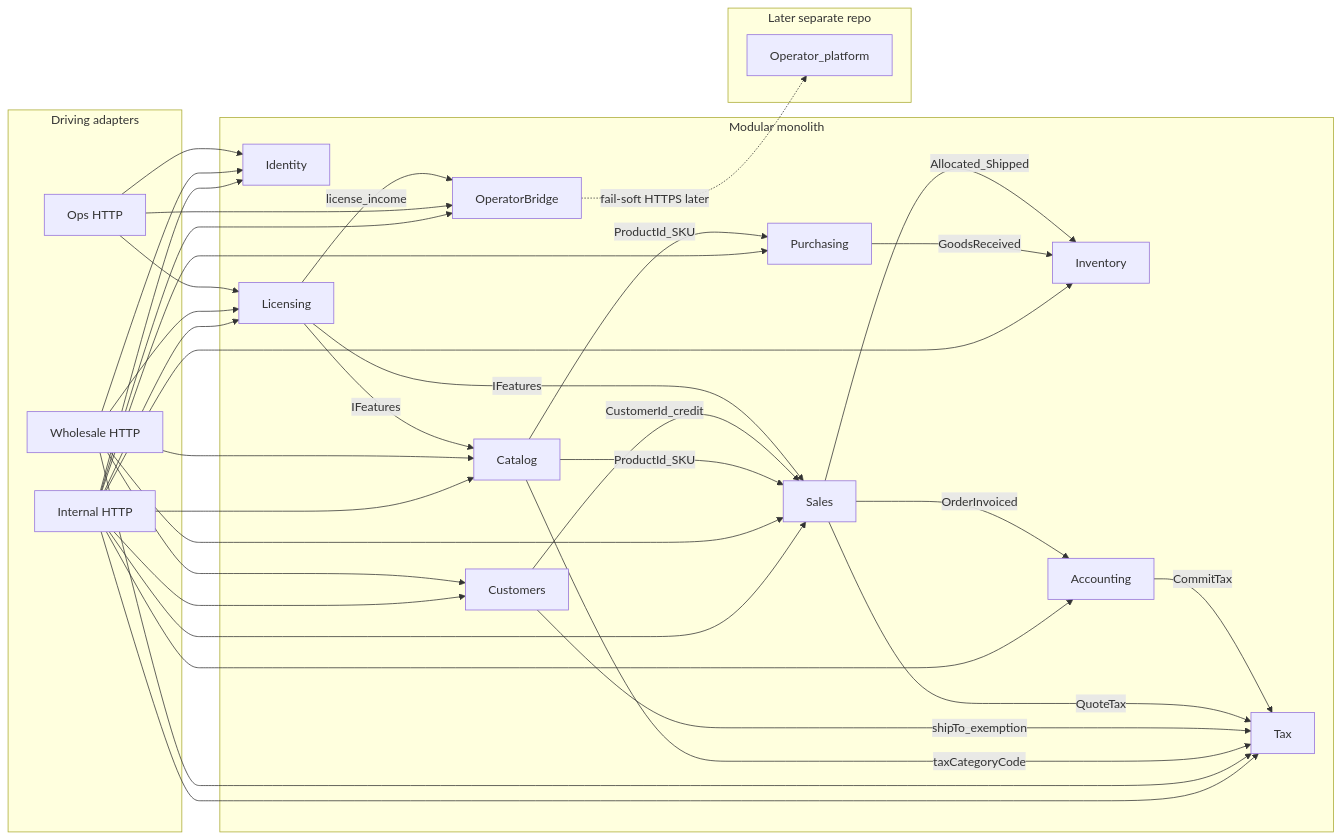
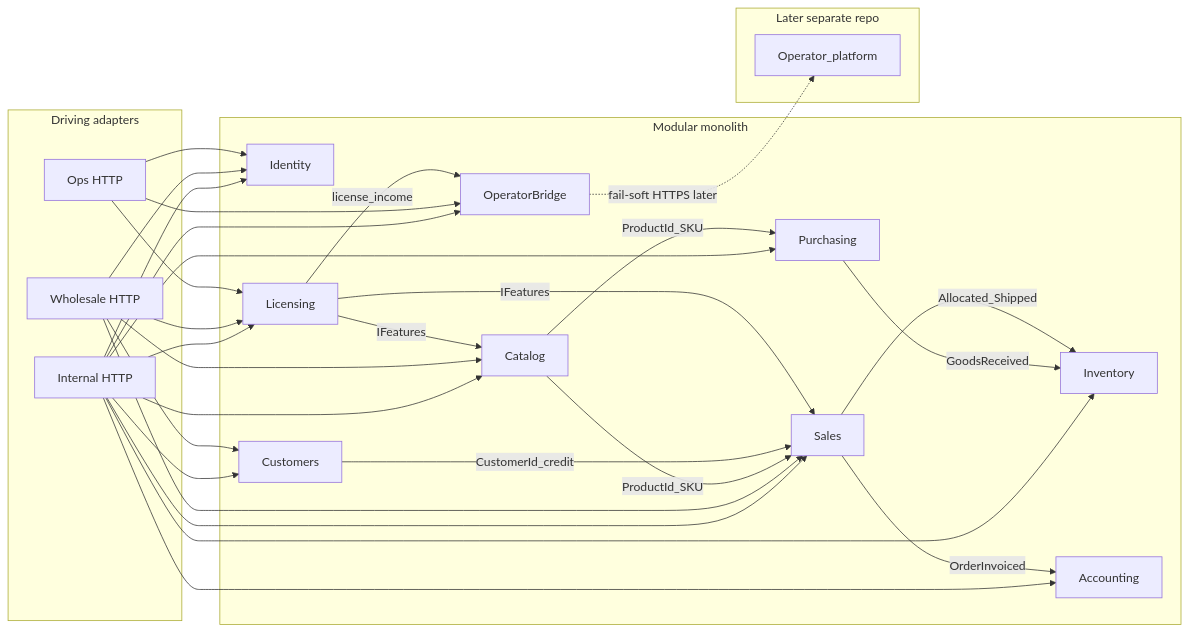
The second of 4 diagrams in docs/architecture.md (adamhinckley/dc-inventory), drawn with Mermaid before and after one commit. The commit also changed other lines of this file and 18 other files, not shown here.

First line of the commit message:
Drop sales tax from v1: wholesale is reseller-only.

````diff
--- a/docs/architecture.md
+++ b/docs/architecture.md
@@ -157,56 +157,49 @@
 ```mermaid
 flowchart LR
   subgraph driving [Driving adapters]
     InternalAPI[Internal HTTP]
     WholesaleAPI[Wholesale HTTP]
     OpsAPI[Ops HTTP]
   end
   subgraph core [Modular monolith]
     Identity[Identity]
     Licensing[Licensing]
     Catalog[Catalog]
     Inventory[Inventory]
     Purchasing[Purchasing]
     Sales[Sales]
     Customers[Customers]
-    Tax[Tax]
     Accounting[Accounting]
     OperatorBridge[OperatorBridge]
   end
   subgraph later [Later separate repo]
     OperatorPlatform[Operator_platform]
   end
   InternalAPI --> Identity
   InternalAPI --> Licensing
   InternalAPI --> Catalog
   InternalAPI --> Inventory
   InternalAPI --> Purchasing
   InternalAPI --> Sales
   InternalAPI --> Customers
-  InternalAPI --> Tax
   InternalAPI --> Accounting
   InternalAPI --> OperatorBridge
   WholesaleAPI --> Identity
   WholesaleAPI --> Licensing
   WholesaleAPI --> Catalog
   WholesaleAPI --> Sales
   WholesaleAPI --> Customers
-  WholesaleAPI --> Tax
   OpsAPI --> Identity
   OpsAPI --> Licensing
   OpsAPI --> OperatorBridge
   Purchasing -->|"GoodsReceived"| Inventory
   Sales -->|"Allocated_Shipped"| Inventory
   Catalog -->|"ProductId_SKU"| Sales
   Catalog -->|"ProductId_SKU"| Purchasing
-  Catalog -->|"taxCategoryCode"| Tax
   Customers -->|"CustomerId_credit"| Sales
-  Customers -->|"shipTo_exemption"| Tax
-  Sales -->|"QuoteTax"| Tax
   Sales -->|"OrderInvoiced"| Accounting
-  Accounting -->|"CommitTax"| Tax
   Licensing -->|"IFeatures"| Catalog
   Licensing -->|"IFeatures"| Sales
   Licensing -->|"license_income"| OperatorBridge
   OperatorBridge -.->|"fail-soft HTTPS later"| OperatorPlatform
 ```
````
